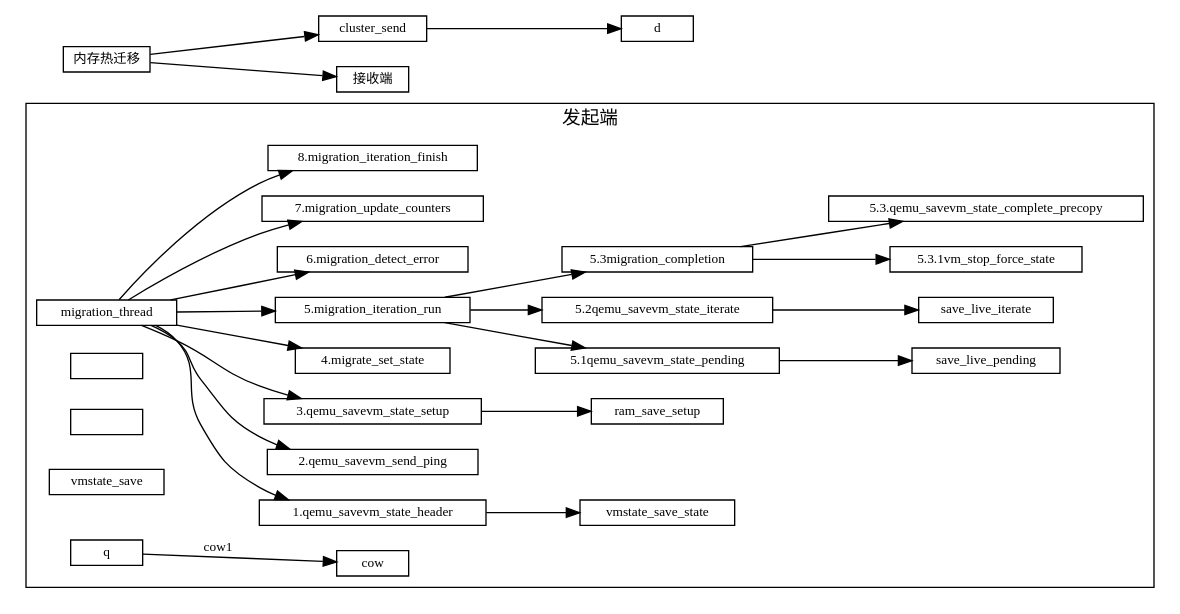
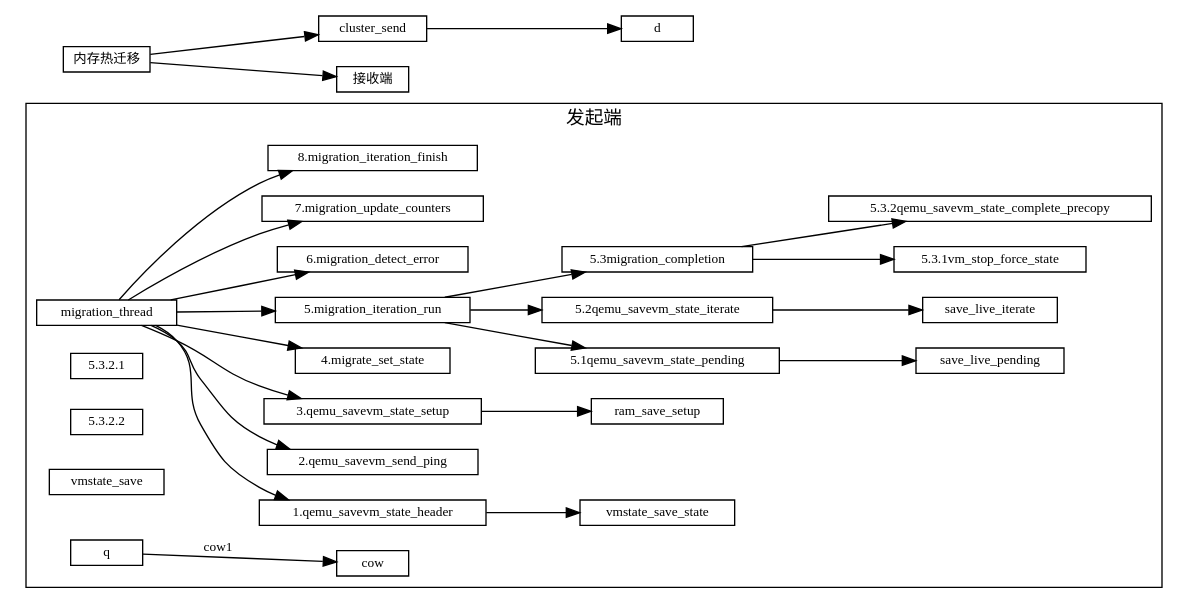
Before and after one commit to sisyphus1212/note: the diagram in 虚拟化/热迁移/1-内存热迁移.md, drawn with Graphviz.

Commit message:
auto_update

````diff
--- a/虚拟化/热迁移/1-内存热迁移.md
+++ b/虚拟化/热迁移/1-内存热迁移.md
@@ -11,63 +11,63 @@
 ```graphviz
 digraph {
 fontname="Helvetica,Arial,sans-serif"
 //node [fontname="Helvetica,Arial,sans-serif"]
 //edge [fontname="Helvetica,Arial,sans-serif"]
 rankdir="LR"
 node [fontsize=10, shape=record, height=0.25]
 edge [fontsize=10]
   subgraph send {
     cluster=true;
     label="发起端";
     qemu_savevm_state_header[label="1.qemu_savevm_state_header"];
     qemu_savevm_send_ping[label="2.qemu_savevm_send_ping"];
     qemu_savevm_state_setup[label="3.qemu_savevm_state_setup"];
     migrate_set_state[label="4.migrate_set_state"];
     migration_iteration_run[label="5.migration_iteration_run"];
 
     migration_detect_error[label="6.migration_detect_error"];
     migration_update_counters[label="7.migration_update_counters"];
     migration_iteration_finish[label="8.migration_iteration_finish"];
 
     migration_thread -> qemu_savevm_state_header
                      -> vmstate_save_state;
     migration_thread -> qemu_savevm_send_ping;
     migration_thread -> qemu_savevm_state_setup
                      -> ram_save_setup;
     migration_thread -> migrate_set_state;
 
     qemu_savevm_state_pending[label="5.1qemu_savevm_state_pending"];
     qemu_savevm_state_iterate[label="5.2qemu_savevm_state_iterate"];
     migration_completion[label="5.3migration_completion"];
 
     vm_stop_force_state[label="5.3.1vm_stop_force_state"]
-    qemu_savevm_state_complete_precopy[label="5.3.qemu_savevm_state_complete_precopy"]
-    cpu_synchronize_all_states[label=""]
-    save_live_complete_precopy[label=""]
+    qemu_savevm_state_complete_precopy[label="5.3.2qemu_savevm_state_complete_precopy"]
+    cpu_synchronize_all_states[label="5.3.2.1"]
+    save_live_complete_precopy[label="5.3.2.2"]
     vmstate_save[]
     migration_thread ->
          migration_iteration_run->qemu_savevm_state_pending
                                 ->save_live_pending;
          migration_iteration_run->qemu_savevm_state_iterate
                                 ->save_live_iterate;
          migration_iteration_run->
             migration_completion->vm_stop_force_state;
             migration_completion->qemu_savevm_state_complete_precopy;
 
 
     migration_thread -> migration_detect_error
     migration_thread -> migration_update_counters
     migration_thread -> migration_iteration_finish
 
 
 
     q -> cow[label="cow1"];
   }
 
 内存热迁移 [label="内存热迁移"]
 内存热迁移 -> cluster_send
            -> d
 
 内存热迁移 -> 接收端
 }
 ```
````
